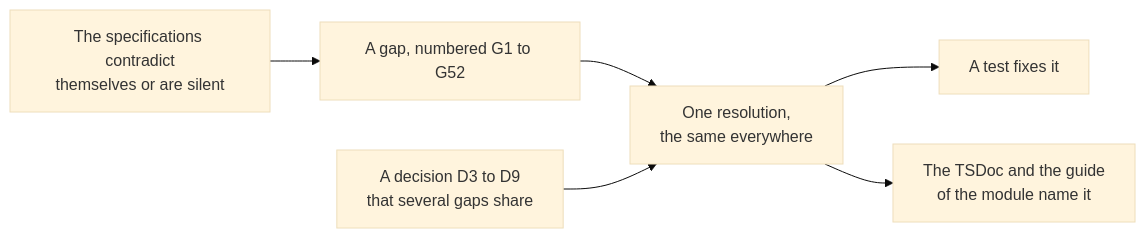
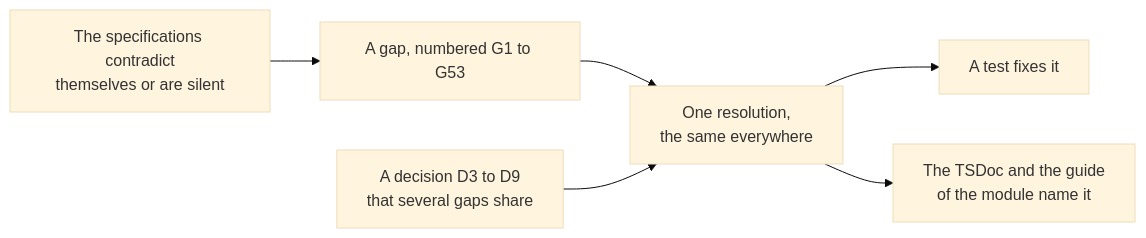
Before and after one commit to assesskit/assesskit: the diagram in docs/runtime/spec-gaps.md, drawn with Mermaid (base theme). The commit also changed other lines of this file and 22 other files, not shown here.

````diff
--- a/docs/runtime/spec-gaps.md
+++ b/docs/runtime/spec-gaps.md
@@ -10,8 +10,8 @@
 ```mermaid
 flowchart LR
-  gap["The specifications contradict<br/>themselves or are silent"] --> number["A gap, numbered G1 to G52"]
+  gap["The specifications contradict<br/>themselves or are silent"] --> number["A gap, numbered G1 to G53"]
   number --> resolution["One resolution,<br/>the same everywhere"]
   decision["A decision D3 to D9<br/>that several gaps share"] --> resolution
   resolution --> test["A test fixes it"]
   resolution --> docs["The TSDoc and the guide<br/>of the module name it"]
 ```
````
